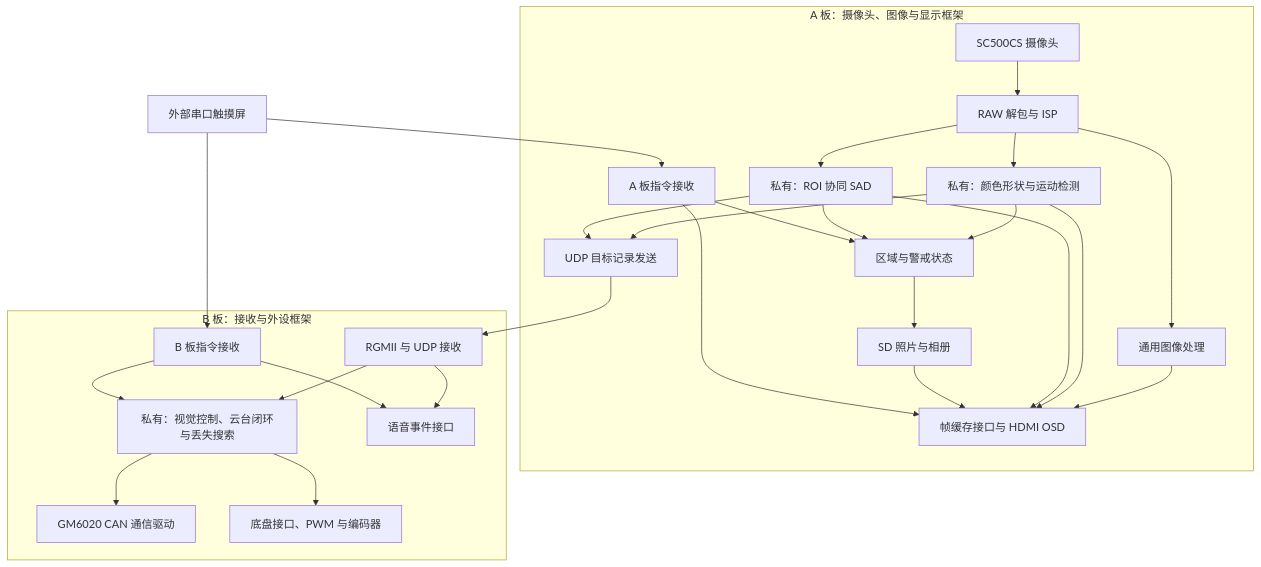
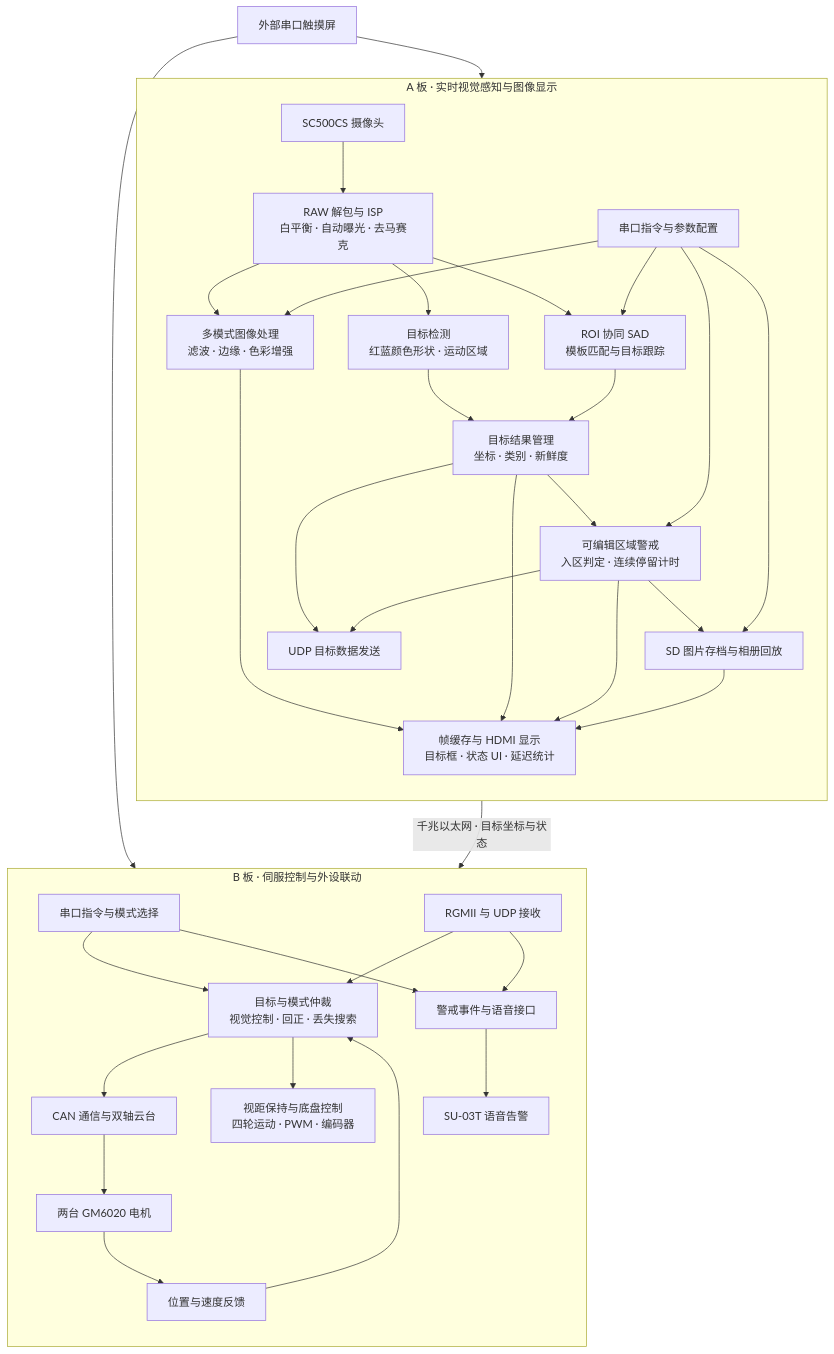
One commit to cz666GOUTOU/fpga-vision-servo-ab-public changed the diagram in README.md. Above: the diagram before and after it, drawn with Mermaid. The commit also changed other lines of this file, not shown here.

Commit message:
docs: refresh system introduction and dual-board architecture diagram

````diff
--- a/README.md
+++ b/README.md
@@ -32,31 +23,43 @@
 ```mermaid
 flowchart TB
-  PANEL[外部串口触摸屏] --> AUART[A 板指令接收]
-  PANEL --> BUART[B 板指令接收]
-  subgraph A["A 板：摄像头、图像与显示框架"]
-    CAMERA[SC500CS 摄像头] --> RAW[RAW 解包与 ISP]
-    RAW --> IMAGE[通用图像处理]
-    RAW --> DETECT[私有：颜色形状与运动检测]
-    RAW --> TRACK[私有：ROI 协同 SAD]
-    DETECT --> REGION[区域与警戒状态]
-    TRACK --> REGION
-    REGION --> PHOTO[SD 照片与相册]
-    IMAGE --> DISPLAY[帧缓存接口与 HDMI OSD]
-    DETECT --> DISPLAY
-    TRACK --> DISPLAY
+  PANEL["外部串口触摸屏"]
+  subgraph A["A 板 · 实时视觉感知与图像显示"]
+    direction TB
+    AUART["串口指令与参数配置"]
+    CAMERA["SC500CS 摄像头"] --> RAW["RAW 解包与 ISP<br/>白平衡 · 自动曝光 · 去马赛克"]
+    RAW --> IMAGE["多模式图像处理<br/>滤波 · 边缘 · 色彩增强"]
+    RAW --> DETECT["目标检测<br/>红蓝颜色形状 · 运动区域"]
+    RAW --> TRACK["ROI 协同 SAD<br/>模板匹配与目标跟踪"]
+    DETECT --> RESULT["目标结果管理<br/>坐标 · 类别 · 新鲜度"]
+    TRACK --> RESULT
+    RESULT --> REGION["可编辑区域警戒<br/>入区判定 · 连续停留计时"]
+    REGION --> PHOTO["SD 图片存档与相册回放"]
+    IMAGE --> DISPLAY["帧缓存与 HDMI 显示<br/>目标框 · 状态 UI · 延迟统计"]
+    RESULT --> DISPLAY
+    REGION --> DISPLAY
     PHOTO --> DISPLAY
-    DETECT --> TX[UDP 目标记录发送]
-    TRACK --> TX
+    RESULT --> TX["UDP 目标数据发送"]
+    REGION --> TX
+    AUART --> IMAGE
     AUART --> REGION
-    AUART --> DISPLAY
+    AUART --> TRACK
+    AUART --> PHOTO
   end
-  subgraph B["B 板：接收与外设框架"]
-    RX[RGMII 与 UDP 接收] --> CTRL[私有：视觉控制、云台闭环与丢失搜索]
+  subgraph B["B 板 · 伺服控制与外设联动"]
+    direction TB
+    BUART["串口指令与模式选择"]
+    RX["RGMII 与 UDP 接收"] --> CTRL["目标与模式仲裁<br/>视觉控制 · 回正 · 丢失搜索"]
     BUART --> CTRL
-    CTRL --> CAN[GM6020 CAN 通信驱动]
-    CTRL --> CHASSIS[底盘接口、PWM 与编码器]
-    RX --> VOICE[语音事件接口]
+    CTRL --> CAN["CAN 通信与双轴云台"]
+    CAN --> MOTORS["两台 GM6020 电机"]
+    MOTORS --> FEEDBACK["位置与速度反馈"]
+    FEEDBACK --> CTRL
+    CTRL --> CHASSIS["视距保持与底盘控制<br/>四轮运动 · PWM · 编码器"]
+    RX --> VOICE["警戒事件与语音接口"]
     BUART --> VOICE
+    VOICE --> SU03T["SU-03T 语音告警"]
   end
-  TX --> RX
+  PANEL --> AUART
+  PANEL --> BUART
+  TX -->|"千兆以太网 · 目标坐标与状态"| RX
 ```
````
